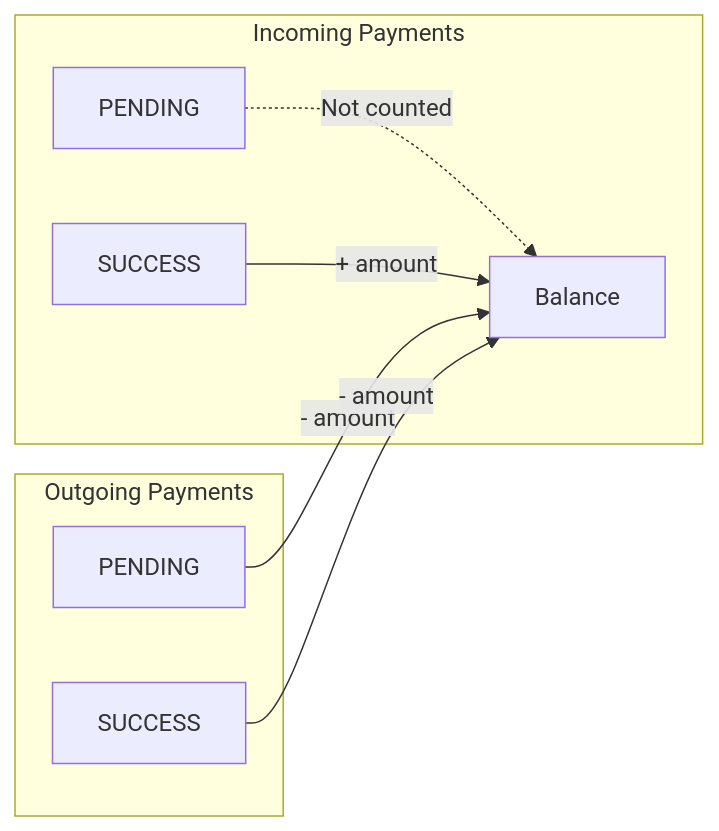
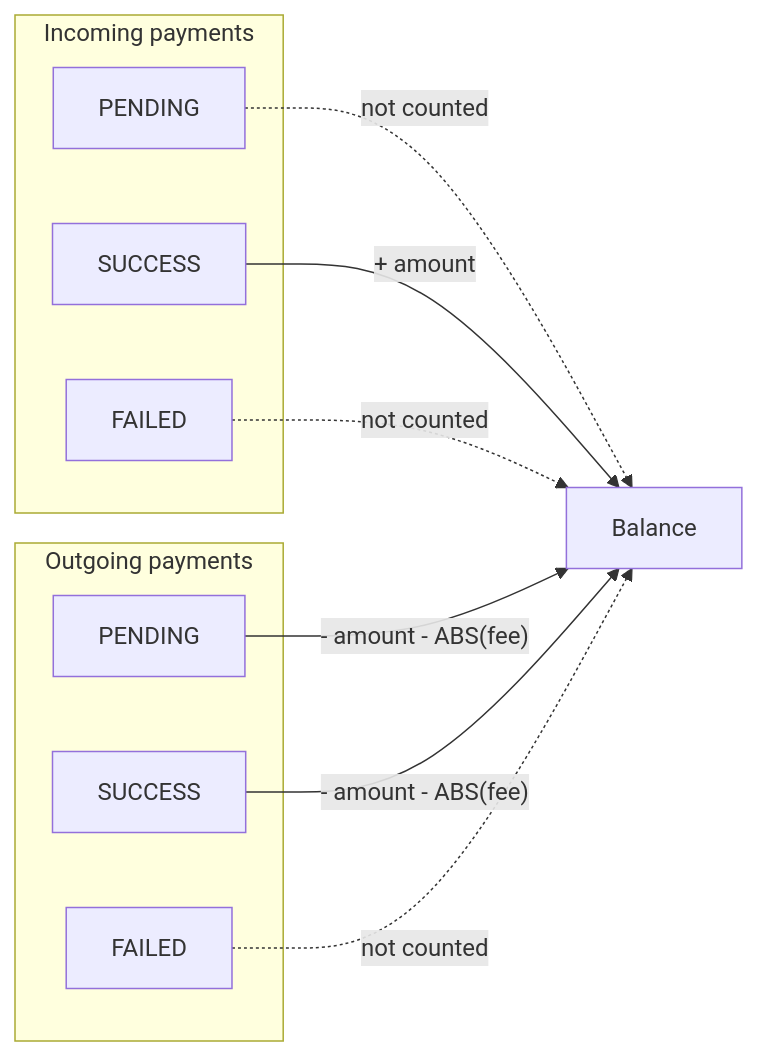
One commit to lndocs/lndocs.github.io changed the first of 5 diagrams in docs/architecture/ledger.md. Above: the diagram before and after it, drawn with Mermaid. The commit also changed other lines of this file and 22 other files, not shown here.

First line of the commit message:
Rewrite architecture, guides, development, FAQ and resources for v1.6.2 (#5)

````diff
--- a/docs/architecture/ledger.md
+++ b/docs/architecture/ledger.md
@@ -73,12 +92,23 @@
 ```mermaid
 flowchart LR
-    subgraph Incoming["Incoming Payments"]
-        I1["PENDING"] -.->|"Not counted"| B["Balance"]
-        I2["SUCCESS"] -->|"+ amount"| B
+    B["Balance"]
+
+    subgraph Incoming["Incoming payments"]
+        I1["PENDING"]
+        I2["SUCCESS"]
+        I3["FAILED"]
     end
 
-    subgraph Outgoing["Outgoing Payments"]
-        O1["PENDING"] -->|"- amount"| B
-        O2["SUCCESS"] -->|"- amount"| B
+    subgraph Outgoing["Outgoing payments"]
+        O1["PENDING"]
+        O2["SUCCESS"]
+        O3["FAILED"]
     end
+
+    I1 -.->|"not counted"| B
+    I2 -->|"+ amount"| B
+    I3 -.->|"not counted"| B
+    O1 -->|"- amount - ABS(fee)"| B
+    O2 -->|"- amount - ABS(fee)"| B
+    O3 -.->|"not counted"| B
 ```
````
